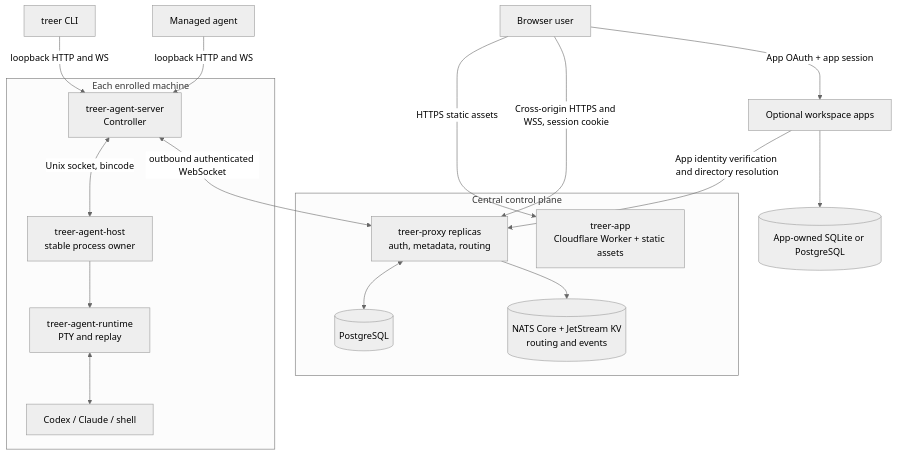
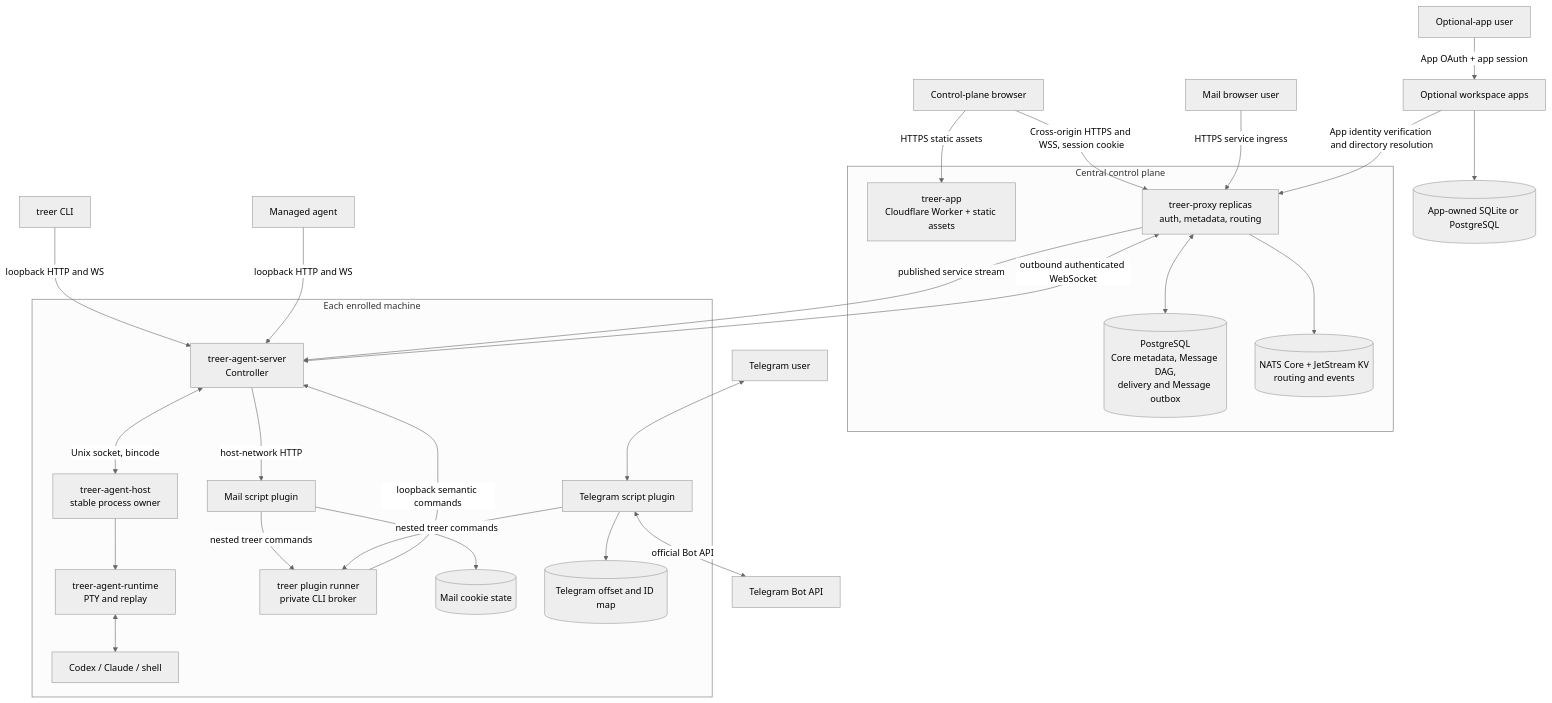
Before and after one commit to EvoEvolver/treer: the first of 3 diagrams in docs/architecture.md, drawn with Mermaid (neutral theme). The commit also changed other lines of this file and 13 other files, not shown here.

Commit message:
docs: publish message and plugin operating contracts

````diff
--- a/docs/architecture.md
+++ b/docs/architecture.md
@@ -12,31 +12,46 @@
 ```mermaid
 flowchart TB
-    Browser[Browser user] -->|HTTPS static assets| Web
+    Browser[Control-plane browser] -->|HTTPS static assets| Web
     Browser -->|Cross-origin HTTPS and WSS, session cookie| Proxy
-    Browser -->|App OAuth + app session| Apps[Optional workspace apps]
+    AppUser[Optional-app user] -->|App OAuth + app session| Apps[Optional workspace apps]
+    MailUser[Mail browser user] -->|HTTPS service ingress| Proxy
+    TelegramUser[Telegram user] <--> Telegram
     CLI[treer CLI] -->|loopback HTTP and WS| Controller
     Agent[Managed agent] -->|loopback HTTP and WS| Controller
 
     subgraph Central[Central control plane]
         Proxy["treer-proxy replicas<br/>auth, metadata, routing"]
-        DB[(PostgreSQL)]
+        DB[(PostgreSQL<br/>Core metadata, Message DAG,<br/>delivery and Message outbox)]
         NATS[(NATS Core + JetStream KV<br/>routing and events)]
         Web[treer-app<br/>Cloudflare Worker + static assets]
         Proxy <--> DB
         Proxy --> NATS
     end
 
     subgraph Machine[Each enrolled machine]
         Controller["treer-agent-server<br/>Controller"]
         Host["treer-agent-host<br/>stable process owner"]
         Runtime["treer-agent-runtime<br/>PTY and replay"]
         Processes[Codex / Claude / shell]
+        Broker["treer plugin runner<br/>private CLI broker"]
+        Mail[Mail script plugin]
+        Telegram[Telegram script plugin]
+        MailState[(Mail cookie state)]
+        TelegramState[(Telegram offset and ID map)]
         Controller <-->|Unix socket, bincode| Host
         Host --> Runtime
         Runtime <--> Processes
+        Mail -->|nested treer commands| Broker
+        Telegram -->|nested treer commands| Broker
+        Broker -->|loopback semantic commands| Controller
+        Mail --> MailState
+        Telegram --> TelegramState
     end
 
     Controller <-->|outbound authenticated WebSocket| Proxy
+    Proxy -->|published service stream| Controller
+    Controller -->|host-network HTTP| Mail
     Apps -->|App identity verification and directory resolution| Proxy
     Apps --> AppDB[(App-owned SQLite or PostgreSQL)]
+    Telegram <-->|official Bot API| TelegramAPI[Telegram Bot API]
 ```
````
